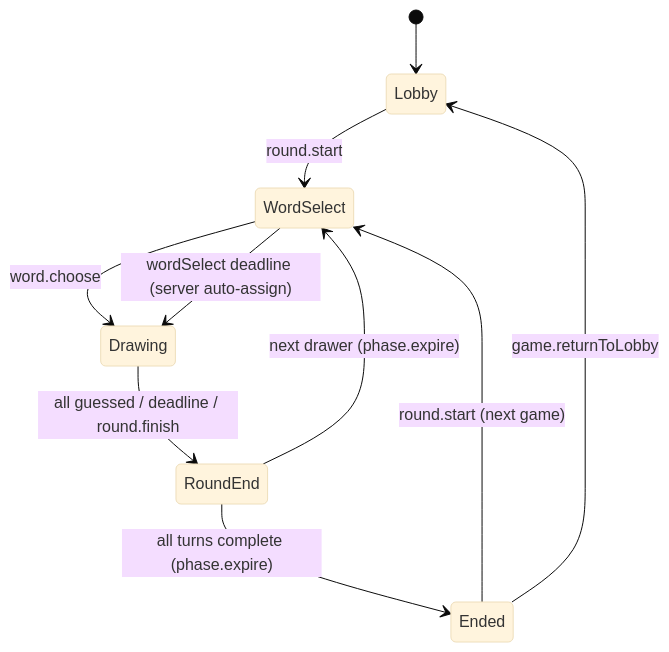
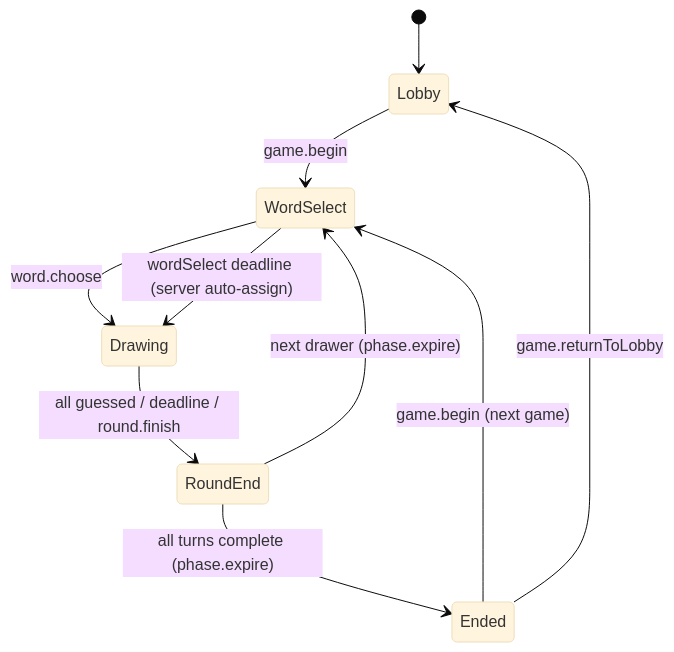
The diagram in docs/drawguess-game-design.md (olveryu/WerewolfGameJudge), drawn with Mermaid (base theme) before and after one commit. The commit also changed other lines of this file and 10 other files, not shown here.

First line of the commit message:
refactor(drawguess): rename round.start command to game.begin

````diff
--- a/docs/drawguess-game-design.md
+++ b/docs/drawguess-game-design.md
@@ -158,12 +158,12 @@
 ```mermaid
 stateDiagram-v2
     [*] --> Lobby
-    Lobby --> WordSelect: round.start
+    Lobby --> WordSelect: game.begin
     WordSelect --> Drawing: word.choose
     WordSelect --> Drawing: wordSelect deadline (server auto-assign)
     Drawing --> RoundEnd: all guessed / deadline / round.finish
     RoundEnd --> WordSelect: next drawer (phase.expire)
     RoundEnd --> Ended: all turns complete (phase.expire)
-    Ended --> WordSelect: round.start (next game)
+    Ended --> WordSelect: game.begin (next game)
     Ended --> Lobby: game.returnToLobby
 ```
````
